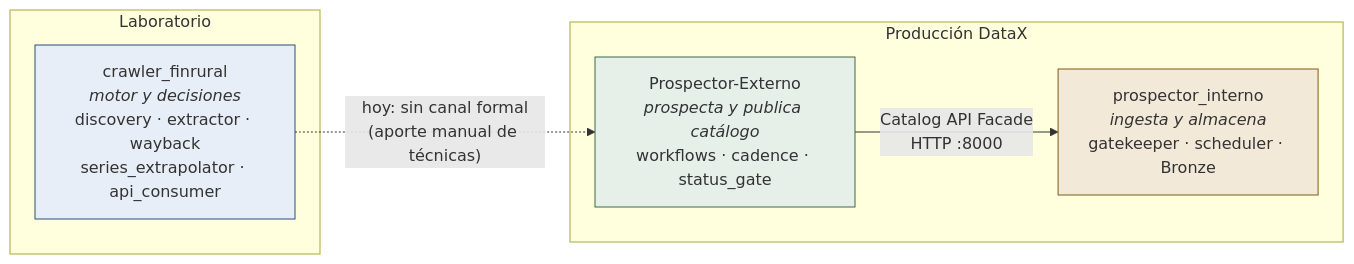
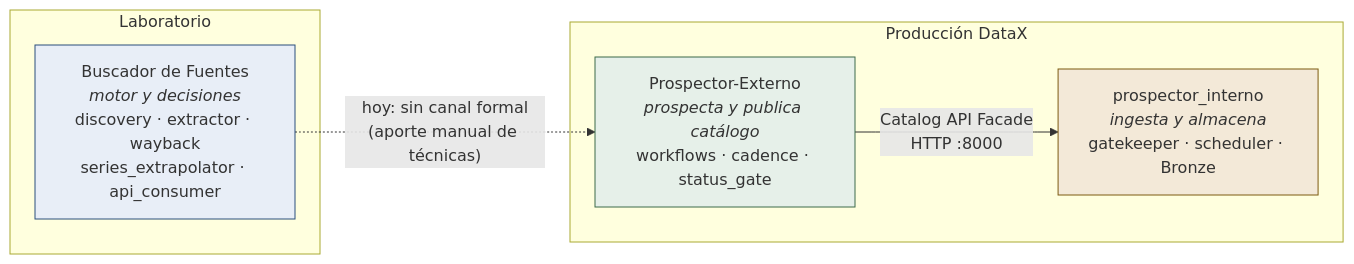
The first of 7 diagrams in docs/arquitectura_integracion.md (MarlonTMF/Crawler_Buscador), drawn with Mermaid before and after one commit. The commit also changed other lines of this file and 3 other files, not shown here.

````diff
--- a/docs/arquitectura_integracion.md
+++ b/docs/arquitectura_integracion.md
@@ -30,17 +30,17 @@
 ```mermaid
 flowchart LR
     subgraph L["Laboratorio"]
-      F["crawler_finrural<br/><i>motor y decisiones</i><br/>discovery · extractor · wayback<br/>series_extrapolator · api_consumer"]
+      F["Buscador de Fuentes<br/><i>motor y decisiones</i><br/>discovery · extractor · wayback<br/>series_extrapolator · api_consumer"]
     end
     subgraph P["Producción DataX"]
       E["Prospector-Externo<br/><i>prospecta y publica catálogo</i><br/>workflows · cadence · status_gate"]
       I["prospector_interno<br/><i>ingesta y almacena</i><br/>gatekeeper · scheduler · Bronze"]
     end
 
     F -. "hoy: sin canal formal<br/>(aporte manual de técnicas)" .-> E
     E -- "Catalog API Facade<br/>HTTP :8000" --> I
 
     style F fill:#e8eef7,stroke:#2a4f7c
     style E fill:#e6f0e9,stroke:#3c6b4a
     style I fill:#f3e9d8,stroke:#7d5a11
 ```
````
